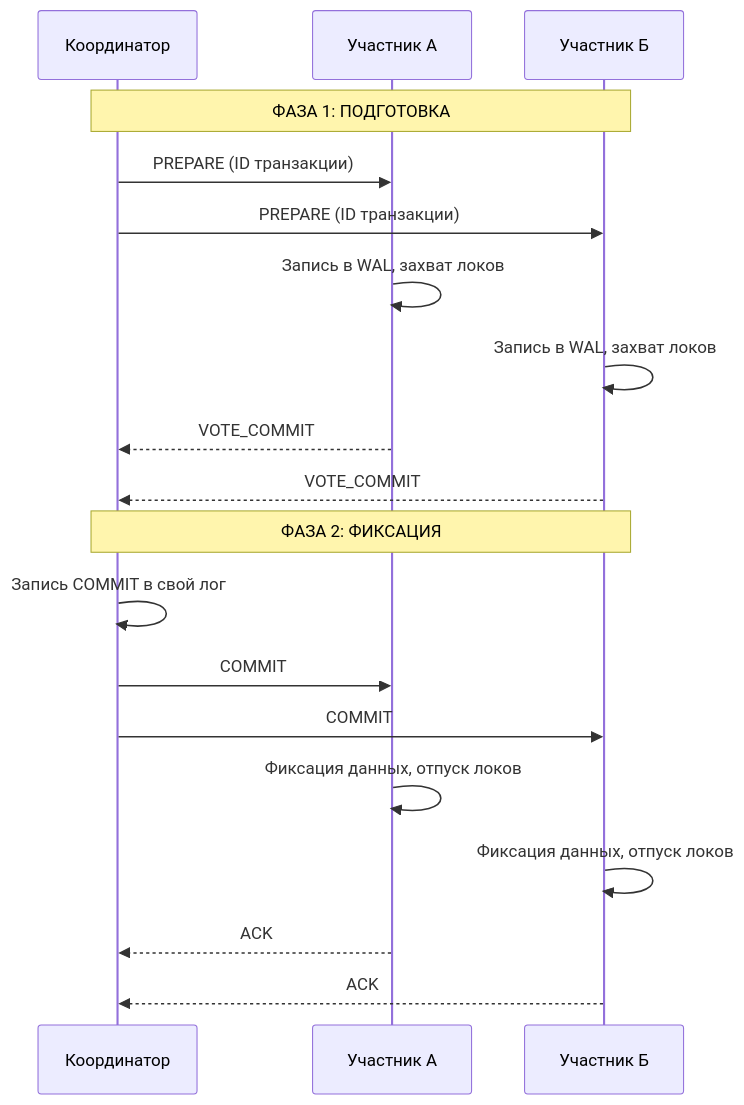
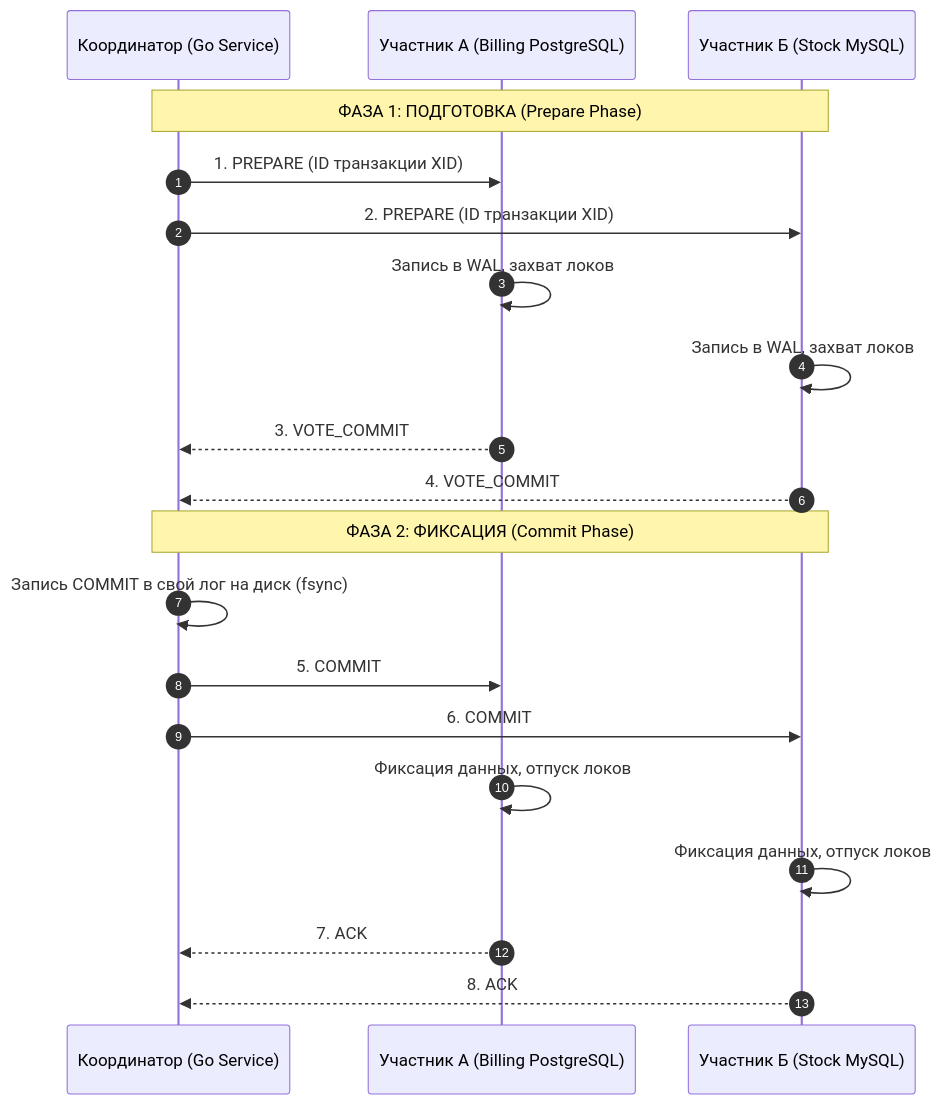
Before and after one commit to UnrealTemplier/go-textbook: the diagram in sources/12. Базы данных/08. Распределенные базы данных/9. Two Phase Commit.md, drawn with Mermaid. The commit also changed other lines of this file, not shown here.

````diff
--- a/sources/12. Базы данных/08. Распределенные базы данных/9. Two Phase Commit.md
+++ b/sources/12. Базы данных/08. Распределенные базы данных/9. Two Phase Commit.md
@@ -29,23 +32,24 @@
 ```mermaid
 sequenceDiagram
-    participant C as Координатор
-    participant P1 as Участник А
-    participant P2 as Участник Б
+    autonumber
+    participant C as Координатор (Go Service)
+    participant P1 as Участник А (Billing PostgreSQL)
+    participant P2 as Участник Б (Stock MySQL)
 
-    Note over C, P2: ФАЗА 1: ПОДГОТОВКА
-    C->>P1: PREPARE (ID транзакции)
-    C->>P2: PREPARE (ID транзакции)
+    Note over C, P2: ФАЗА 1: ПОДГОТОВКА (Prepare Phase)
+    C->>P1: 1. PREPARE (ID транзакции XID)
+    C->>P2: 2. PREPARE (ID транзакции XID)
     P1->>P1: Запись в WAL, захват локов
     P2->>P2: Запись в WAL, захват локов
-    P1-->>C: VOTE_COMMIT
-    P2-->>C: VOTE_COMMIT
+    P1-->>C: 3. VOTE_COMMIT
+    P2-->>C: 4. VOTE_COMMIT
 
-    Note over C, P2: ФАЗА 2: ФИКСАЦИЯ
-    C->>C: Запись COMMIT в свой лог
-    C->>P1: COMMIT
-    C->>P2: COMMIT
+    Note over C, P2: ФАЗА 2: ФИКСАЦИЯ (Commit Phase)
+    C->>C: Запись COMMIT в свой лог на диск (fsync)
+    C->>P1: 5. COMMIT
+    C->>P2: 6. COMMIT
     P1->>P1: Фиксация данных, отпуск локов
     P2->>P2: Фиксация данных, отпуск локов
-    P1-->>C: ACK
-    P2-->>C: ACK
+    P1-->>C: 7. ACK
+    P2-->>C: 8. ACK
 ```
````
